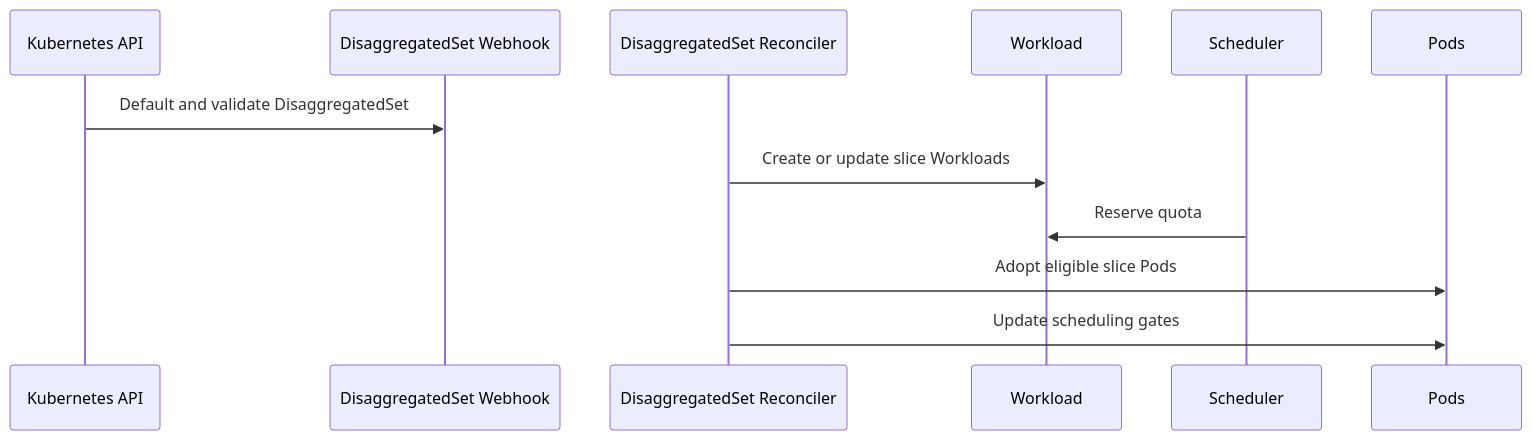
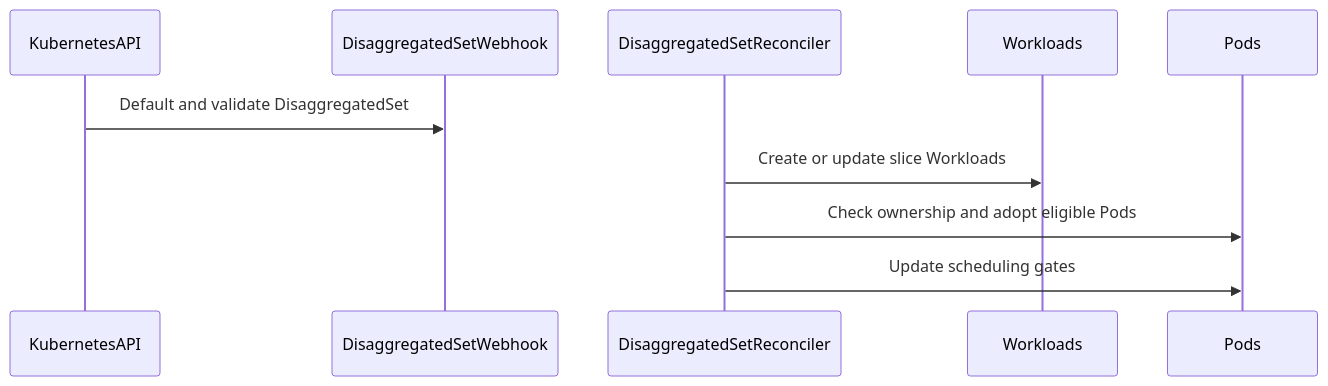
One commit to reruno/kueue-llm-wiki changed the diagram in raw/github/kubernetes-sigs__kueue/pr-17675.md. Above: the diagram before and after it, drawn with Mermaid. The commit also changed other lines of this file and 1586 other files, not shown here.

````diff
--- a/raw/github/kubernetes-sigs__kueue/pr-17675.md
+++ b/raw/github/kubernetes-sigs__kueue/pr-17675.md
@@ -179,14 +207,12 @@
 ```mermaid
 sequenceDiagram
-  participant API as Kubernetes API
-  participant Webhook as DisaggregatedSet Webhook
-  participant Reconciler as DisaggregatedSet Reconciler
-  participant Workload
-  participant Scheduler
+  participant KubernetesAPI
+  participant DisaggregatedSetWebhook
+  participant DisaggregatedSetReconciler
+  participant Workloads
   participant Pods
-  API->>Webhook: Default and validate DisaggregatedSet
-  Reconciler->>Workload: Create or update slice Workloads
-  Scheduler->>Workload: Reserve quota
-  Reconciler->>Pods: Adopt eligible slice Pods
-  Reconciler->>Pods: Update scheduling gates
+  KubernetesAPI->>DisaggregatedSetWebhook: Default and validate DisaggregatedSet
+  DisaggregatedSetReconciler->>Workloads: Create or update slice Workloads
+  DisaggregatedSetReconciler->>Pods: Check ownership and adopt eligible Pods
+  DisaggregatedSetReconciler->>Pods: Update scheduling gates
 ```
````
